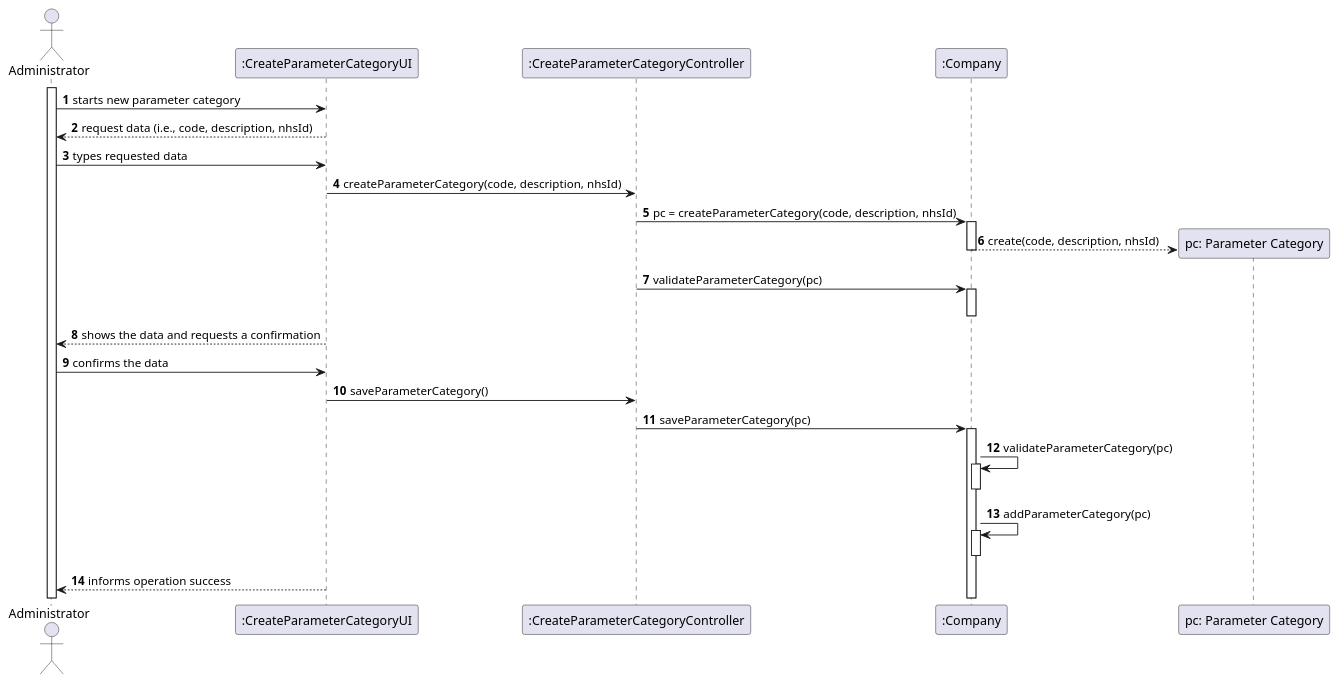
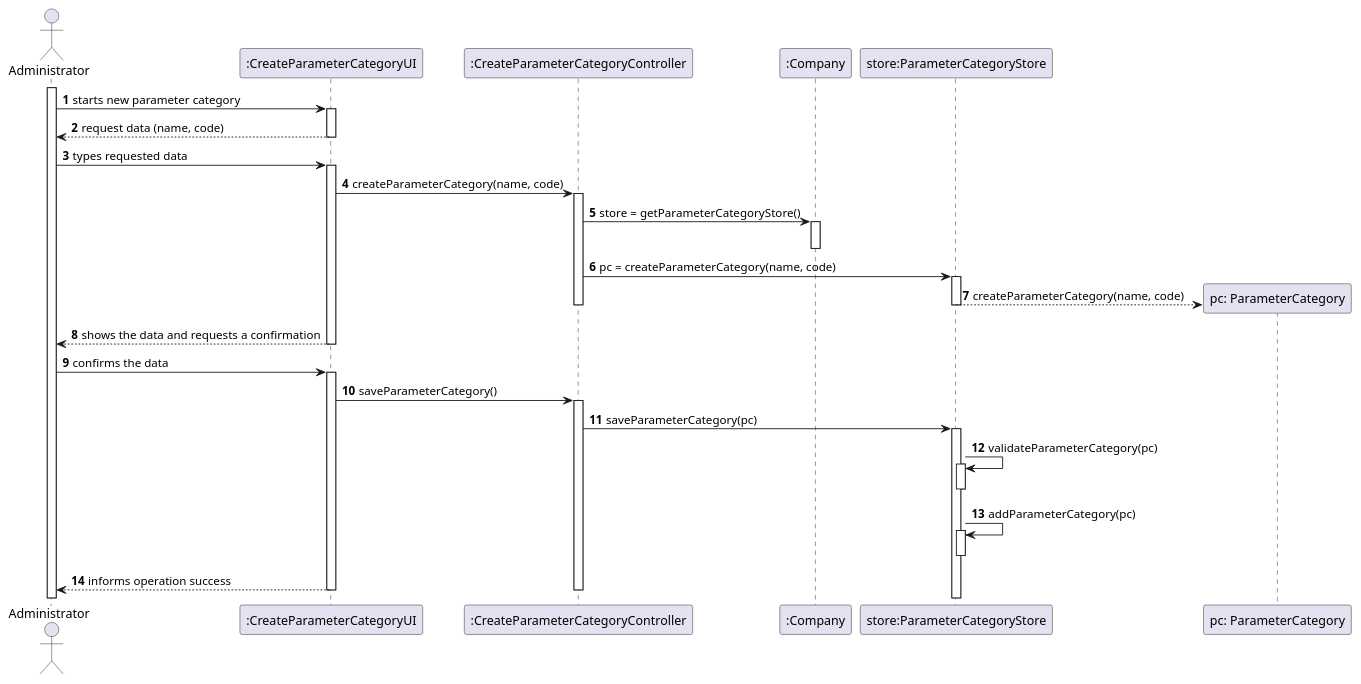
Before and after one commit to 0franciscor/lei-21-s2-1de-g19: the diagram in docs/SprintB/US11/US11-SD.puml, drawn with PlantUML. The commit also changed 10 other files, not shown here.

Commit message:
Alteração mínima do diagrama da US9 e correção do Markdown da US11. Geração do .jar

```diff
--- a/docs/SprintB/US11/US11-SD.puml
+++ b/docs/SprintB/US11/US11-SD.puml
@@ -1,34 +1,57 @@
 @startuml
-'https://plantuml.com/sequence-diagram
 
 autonumber
 actor "Administrator" as A
 activate A
 
+A -> ":CreateParameterCategoryUI" : starts new parameter category
+activate ":CreateParameterCategoryUI"
+":CreateParameterCategoryUI" --> A: request data (name, code)
+deactivate ":CreateParameterCategoryUI"
 
-A -> ":CreateParameterCategoryUI" : starts new parameter category
-":CreateParameterCategoryUI" --> A: request data (i.e., code, description, nhsId)
+
 A -> ":CreateParameterCategoryUI" : types requested data
-":CreateParameterCategoryUI" -> ":CreateParameterCategoryController": createParameterCategory(code, description, nhsId)
-":CreateParameterCategoryController" -> ":Company" : pc = createParameterCategory(code, description, nhsId)
-activate ":Company"
-create "pc: Parameter Category"
-":Company" --> "pc: Parameter Category": create(code, description, nhsId)
-deactivate ":Company"
-":CreateParameterCategoryController" -> ":Company" : validateParameterCategory(pc)
+activate ":CreateParameterCategoryUI"
+
+":CreateParameterCategoryUI" -> ":CreateParameterCategoryController": createParameterCategory(name, code)
+activate ":CreateParameterCategoryController"
+
+":CreateParameterCategoryController" -> ":Company": store = getParameterCategoryStore()
 activate ":Company"
 deactivate ":Company"
+
+
+
+":CreateParameterCategoryController" -> "store:ParameterCategoryStore" : pc = createParameterCategory(name, code)
+create "pc: ParameterCategory"
+activate "store:ParameterCategoryStore"
+"store:ParameterCategoryStore" --> "pc: ParameterCategory": createParameterCategory(name, code)
+deactivate "store:ParameterCategoryStore"
+
+deactivate ":CreateParameterCategoryController"
+deactivate ":Company"
+
+
+
 ":CreateParameterCategoryUI" --> A: shows the data and requests a confirmation
+deactivate ":CreateParameterCategoryUI"
 A -> ":CreateParameterCategoryUI": confirms the data
+activate ":CreateParameterCategoryUI"
 ":CreateParameterCategoryUI" -> ":CreateParameterCategoryController": saveParameterCategory()
-":CreateParameterCategoryController" -> ":Company" ++: saveParameterCategory(pc)
 
-":Company" -> ":Company": validateParameterCategory(pc)
-activate ":Company"
-deactivate ":Company"
-":Company" -> ":Company": addParameterCategory(pc)
-activate ":Company"
-deactivate ":Company"
+activate ":CreateParameterCategoryController"
+":CreateParameterCategoryController" -> "store:ParameterCategoryStore" ++: saveParameterCategory(pc)
+
+
+"store:ParameterCategoryStore" -> "store:ParameterCategoryStore": validateParameterCategory(pc)
+activate "store:ParameterCategoryStore"
+deactivate "store:ParameterCategoryStore"
+"store:ParameterCategoryStore" -> "store:ParameterCategoryStore": addParameterCategory(pc)
+activate "store:ParameterCategoryStore"
+deactivate "store:ParameterCategoryStore"
+
 ":CreateParameterCategoryUI" --> A: informs operation success
+deactivate ":CreateParameterCategoryController"
+deactivate ":CreateParameterCategoryUI"
 
 @enduml
```
